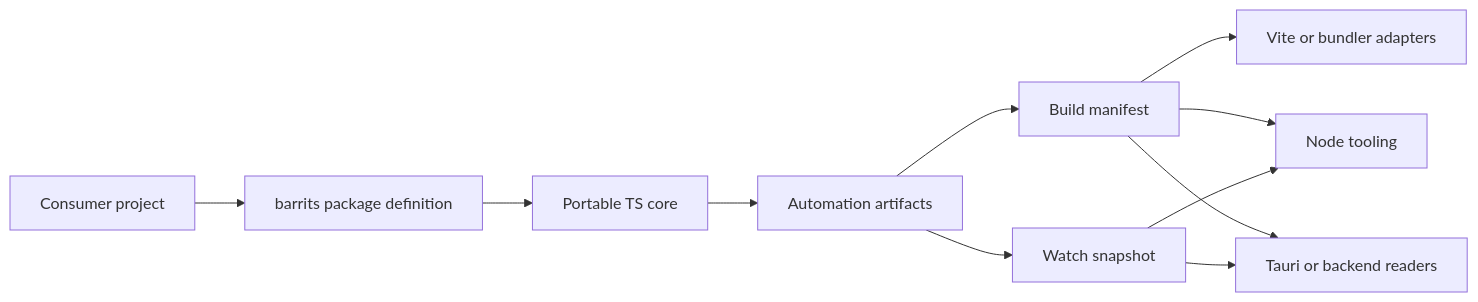
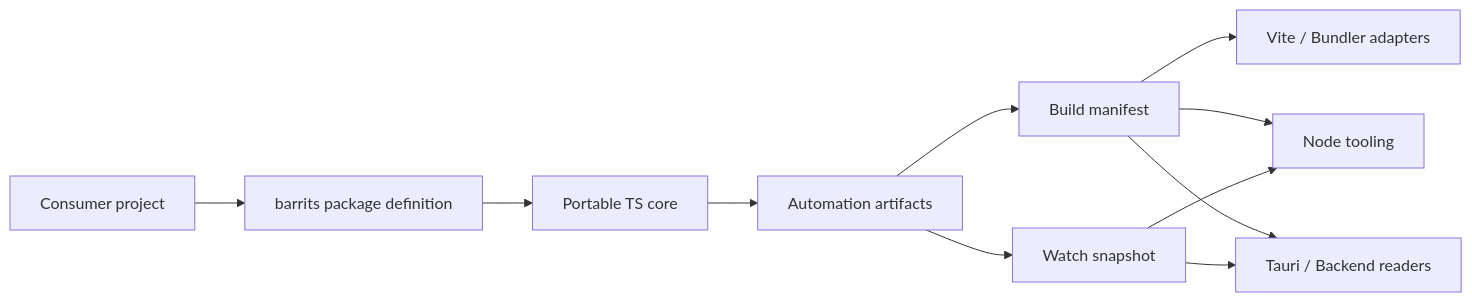
The first of 2 diagrams in README.md (zuccadev-labs/Barrits), drawn with Mermaid before and after one commit. The commit also changed other lines of this file and 147 other files, not shown here.

````diff
--- a/README.md
+++ b/README.md
@@ -103,13 +52,13 @@
 ```mermaid
 flowchart LR
   A[Consumer project] --> B[barrits package definition]
   B --> C[Portable TS core]
   C --> D[Automation artifacts]
   D --> E[Build manifest]
   D --> F[Watch snapshot]
-  E --> G[Vite or bundler adapters]
+  E --> G[Vite / Bundler adapters]
   E --> H[Node tooling]
   F --> H
-  E --> I[Tauri or backend readers]
+  E --> I[Tauri / Backend readers]
   F --> I
 ```
````
